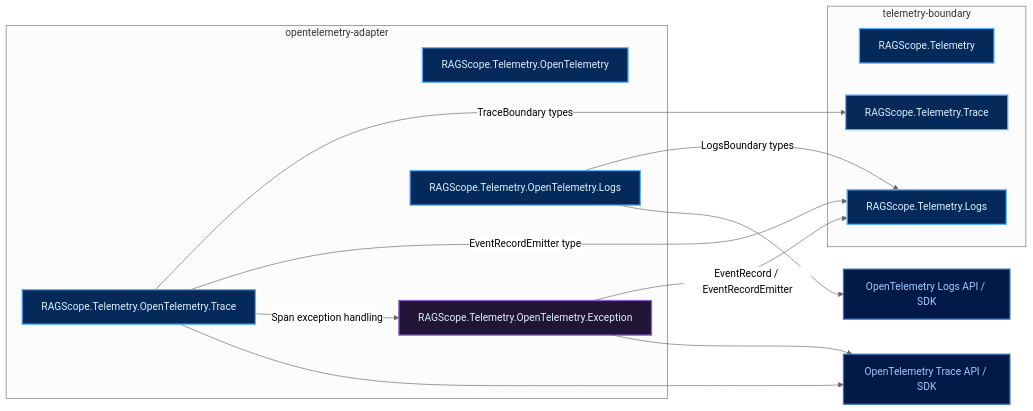
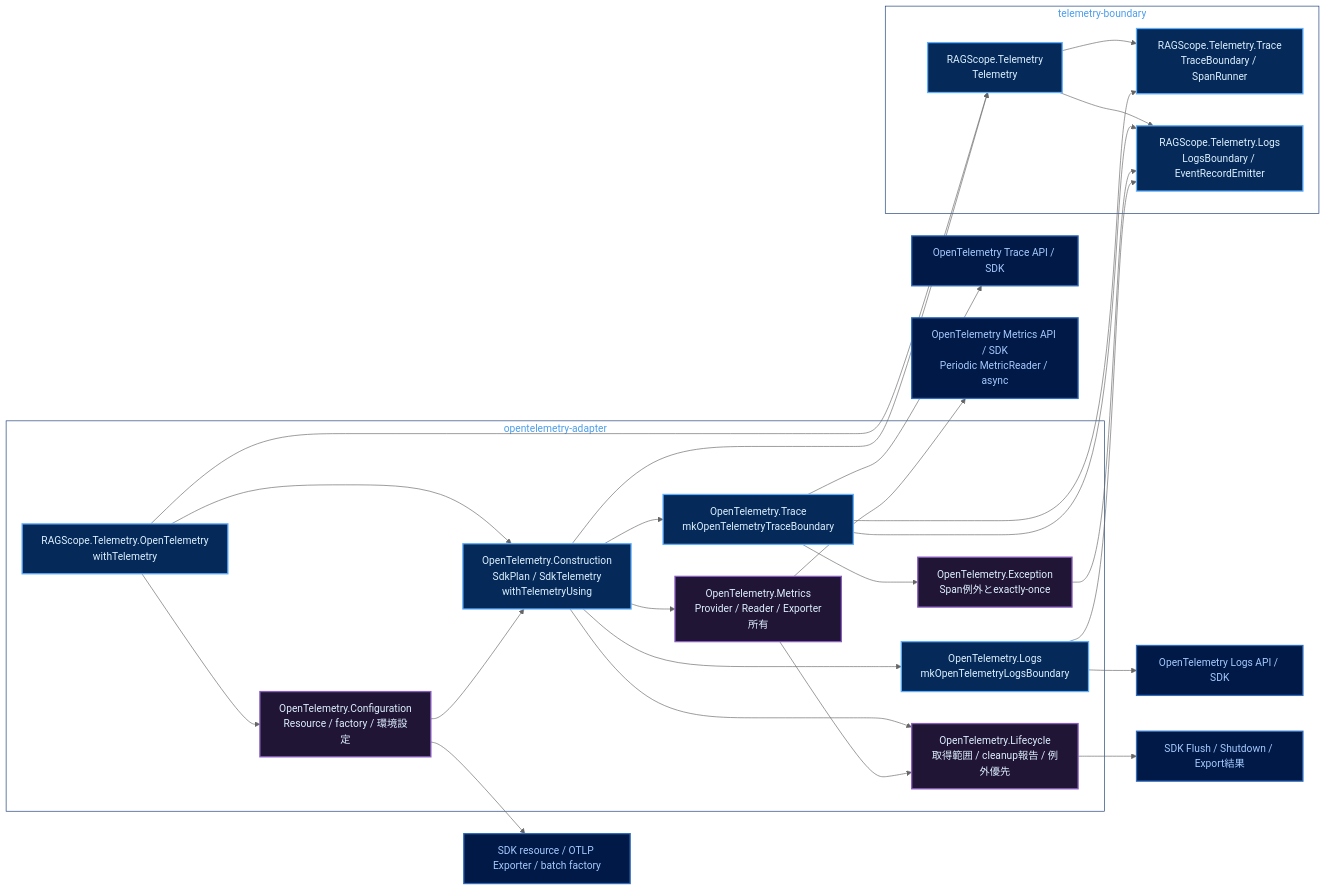
Before and after one commit to takashit16833/Workbench: the second of 4 diagrams in Notes/RAGScope/RAGScopeアプリケーション/RAGScopeアプリケーション Haskellライブラリ・モジュールマップ.md, drawn with Mermaid (neutral theme). The commit also changed other lines of this file, not shown here.

````diff
--- a/Notes/RAGScope/RAGScopeアプリケーション/RAGScopeアプリケーション Haskellライブラリ・モジュールマップ.md
+++ b/Notes/RAGScope/RAGScopeアプリケーション/RAGScopeアプリケーション Haskellライブラリ・モジュールマップ.md
@@ -35,33 +50,53 @@
 ```mermaid
 flowchart LR
   subgraph boundary["telemetry-boundary"]
-    telemetry["RAGScope.Telemetry"]
-    traceBoundary["RAGScope.Telemetry.Trace"]
-    logsBoundary["RAGScope.Telemetry.Logs"]
+    telemetry["RAGScope.Telemetry<br/>Telemetry"]
+    traceBoundary["RAGScope.Telemetry.Trace<br/>TraceBoundary / SpanRunner"]
+    logsBoundary["RAGScope.Telemetry.Logs<br/>LogsBoundary / EventRecordEmitter"]
   end
 
   subgraph adapter["opentelemetry-adapter"]
-    otelRoot["RAGScope.Telemetry.OpenTelemetry"]
-    otelTrace["RAGScope.Telemetry.OpenTelemetry.Trace"]
-    otelException["RAGScope.Telemetry.OpenTelemetry.Exception"]
-    otelLogs["RAGScope.Telemetry.OpenTelemetry.Logs"]
+    otelRoot["RAGScope.Telemetry.OpenTelemetry<br/>withTelemetry"]
+    construction["OpenTelemetry.Construction<br/>SdkPlan / SdkTelemetry<br/>withTelemetryUsing"]
+    configuration["OpenTelemetry.Configuration<br/>Resource / factory / 環境設定"]
+    lifecycle["OpenTelemetry.Lifecycle<br/>取得範囲 / cleanup報告 / 例外優先"]
+    metrics["OpenTelemetry.Metrics<br/>Provider / Reader / Exporter所有"]
+    otelTrace["OpenTelemetry.Trace<br/>mkOpenTelemetryTraceBoundary"]
+    otelLogs["OpenTelemetry.Logs<br/>mkOpenTelemetryLogsBoundary"]
+    otelException["OpenTelemetry.Exception<br/>Span例外とexactly-once"]
   end
 
-  otelTrace -->|TraceBoundary types| traceBoundary
-  otelTrace -->|EventRecordEmitter type| logsBoundary
-  otelTrace -->|Span exception handling| otelException
-  otelException -->|EventRecord / EventRecordEmitter| logsBoundary
-  otelLogs -->|LogsBoundary types| logsBoundary
+  telemetry --> traceBoundary
+  telemetry --> logsBoundary
+  otelRoot --> configuration
+  otelRoot --> construction
+  otelRoot --> telemetry
+  configuration --> construction
+  construction --> lifecycle
+  construction --> metrics
+  construction --> otelTrace
+  construction --> otelLogs
+  construction --> telemetry
+  metrics --> lifecycle
+  otelTrace --> traceBoundary
+  otelTrace --> logsBoundary
+  otelTrace --> otelException
+  otelException --> logsBoundary
+  otelLogs --> logsBoundary
 
-  otelTrace --> otelTraceSdk["OpenTelemetry Trace API / SDK"]
-  otelException --> otelTraceSdk
-  otelLogs --> otelLogsSdk["OpenTelemetry Logs API / SDK"]
+  otelTrace --> sdkTrace["OpenTelemetry Trace API / SDK"]
+  otelLogs --> sdkLogs["OpenTelemetry Logs API / SDK"]
+  metrics --> sdkMetric["OpenTelemetry Metrics API / SDK<br/>Periodic MetricReader / async"]
+  configuration --> sdkConfig["SDK resource / OTLP Exporter / batch factory"]
+  lifecycle --> sdkResult["SDK Flush / Shutdown / Export結果"]
 
   classDef public fill:#052A59,stroke:#5EAFFF,color:#DDF0FF,stroke-width:2px
   classDef private fill:#211536,stroke:#8A5EC0,color:#DDF0FF,stroke-width:2px
   classDef external fill:#001947,stroke:#316CBD,color:#A6CAFF,stroke-width:2px
 
-  class telemetry,traceBoundary,logsBoundary,otelRoot,otelTrace,otelLogs public
-  class otelException private
-  class otelTraceSdk,otelLogsSdk external
+  class telemetry,traceBoundary,logsBoundary,otelRoot,construction,otelTrace,otelLogs public
+  class configuration,lifecycle,metrics,otelException private
+  class sdkTrace,sdkLogs,sdkMetric,sdkConfig,sdkResult external
+  style boundary fill:transparent,stroke:#153A75,color:#4C9EEB
+  style adapter fill:transparent,stroke:#153A75,color:#4C9EEB
 ```
````
